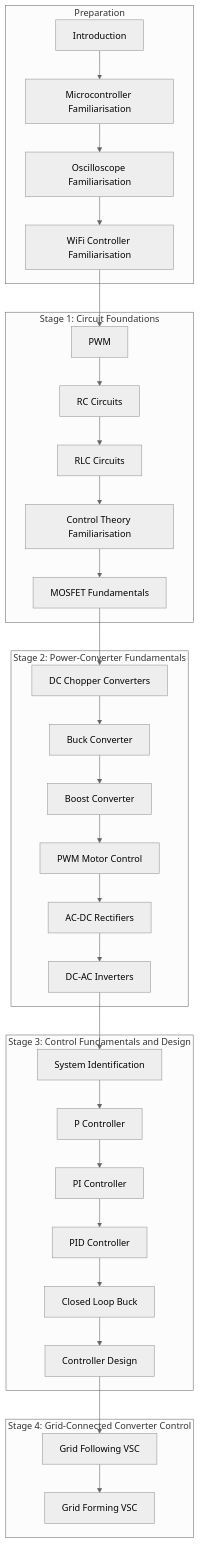
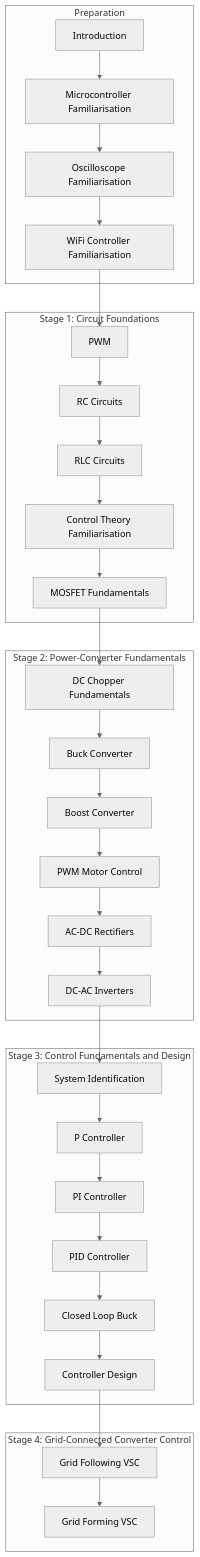
One commit to jaimetriv/power-electronics-and-control-training changed the diagram in docs/index.md. Above: the diagram before and after it, drawn with Mermaid (neutral theme). The commit also changed other lines of this file and 3 other files, not shown here.

````diff
--- a/docs/index.md
+++ b/docs/index.md
@@ -93,58 +93,58 @@
 ```mermaid
 flowchart TD
 
 subgraph S0[Preparation]
 A[Introduction]
 --> A1[Microcontroller Familiarisation]
 
 A1 --> A2[Oscilloscope Familiarisation]
 
 A2 --> A3[WiFi Controller Familiarisation]
 end
 
 subgraph S1[Stage 1: Circuit Foundations]
 A3 --> B[PWM]
 
 B --> C[RC Circuits]
 
 C --> D[RLC Circuits]
 
 D --> CP[Control Theory Familiarisation]
 
 CP --> E[MOSFET Fundamentals]
 end
 
 subgraph S2[Stage 2: Power-Converter Fundamentals]
-E --> F[DC Chopper Converters]
+E --> F[DC Chopper Fundamentals]
 
 F --> G[Buck Converter]
 
 G --> H[Boost Converter]
 
 H --> I[PWM Motor Control]
 
 I --> J[AC-DC Rectifiers]
 
 J --> K[DC-AC Inverters]
 end
 
 subgraph S3[Stage 3: Control Fundamentals and Design]
 K --> L[System Identification]
 
 L --> M[P Controller]
 
 M --> N[PI Controller]
 
 N --> O[PID Controller]
 
 O --> P[Closed Loop Buck]
 
 P --> Q[Controller Design]
 end
 
 subgraph S4[Stage 4: Grid-Connected Converter Control]
 Q --> R[Grid Following VSC]
 
 R --> S[Grid Forming VSC]
 end
 ```
````
